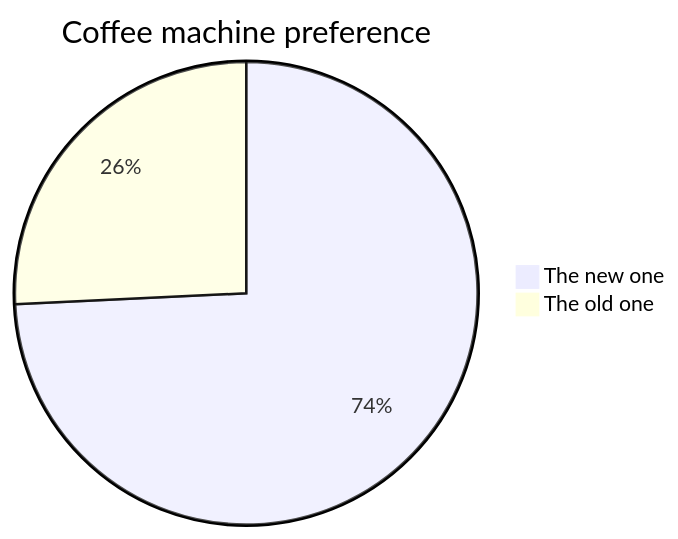
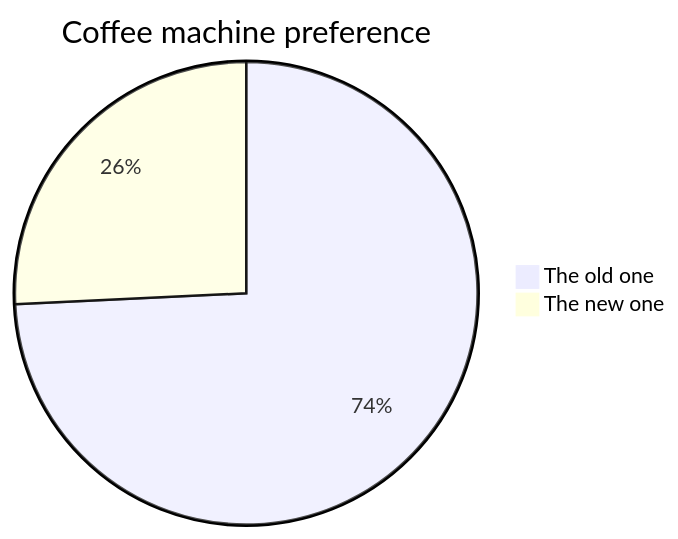
Before and after one commit to anyosa/anyosa: the diagram in README.md, drawn with Mermaid. The commit also changed other lines of this file, not shown here.

````diff
--- a/README.md
+++ b/README.md
@@ -5,5 +5,5 @@
 ```mermaid
 pie title Coffee machine preference
-    "The new one" : 74.25
-    "The old one" : 25.75
+    "The old one" : 74.25
+    "The new one" : 25.75
 ```
````
